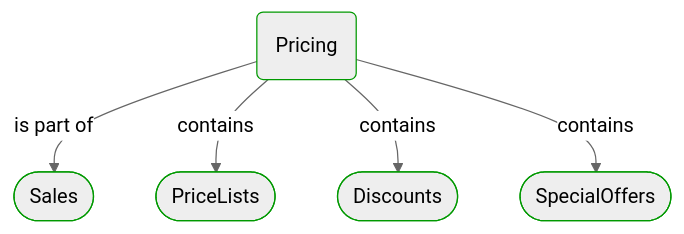
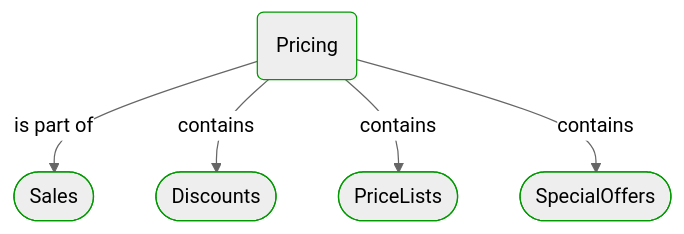
Before and after one commit to itlibrium/DDD-starter-dotnet: the first of 5 diagrams in Docs/P3/MermaidOutput/Modules/Sales/Pricing/Pricing.md, drawn with Mermaid (neutral theme). The commit also changed other lines of this file and 78 other files, not shown here.

````diff
--- a/Docs/P3/MermaidOutput/Modules/Sales/Pricing/Pricing.md
+++ b/Docs/P3/MermaidOutput/Modules/Sales/Pricing/Pricing.md
@@ -20,20 +20,20 @@
 ```mermaid
   flowchart TB
     0(Pricing)
     class 0 DomainPerspective
     1([Sales])
     class 1 DomainPerspective
     0-->|is part of|1
-    2([PriceLists])
+    2([Discounts])
     class 2 DomainPerspective
     0-->|contains|2
-    3([Discounts])
+    3([PriceLists])
     class 3 DomainPerspective
     0-->|contains|3
     4([SpecialOffers])
     class 4 DomainPerspective
     0-->|contains|4
     classDef DomainPerspective stroke:#009900
     classDef TechnologyPerspective stroke:#1F41EB
     classDef PeoplePerspective stroke:#FFF014
 ```
````
